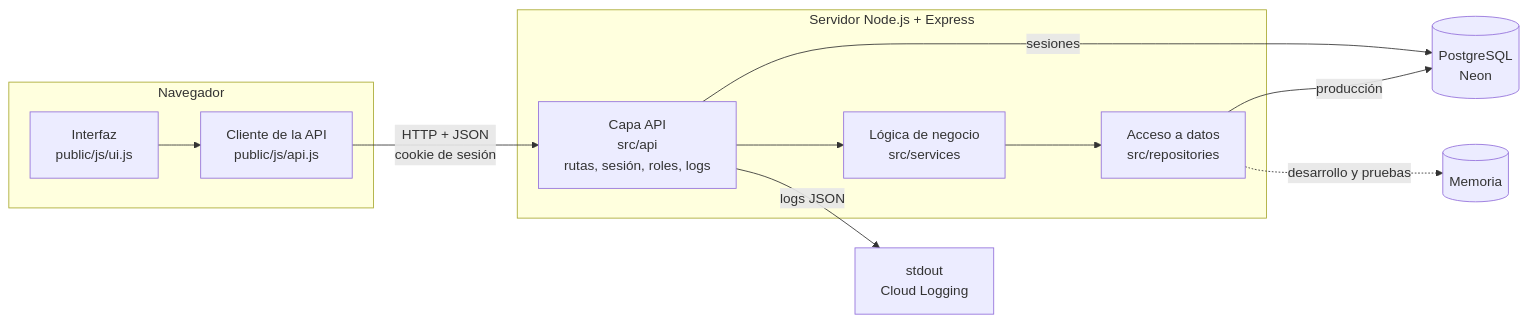
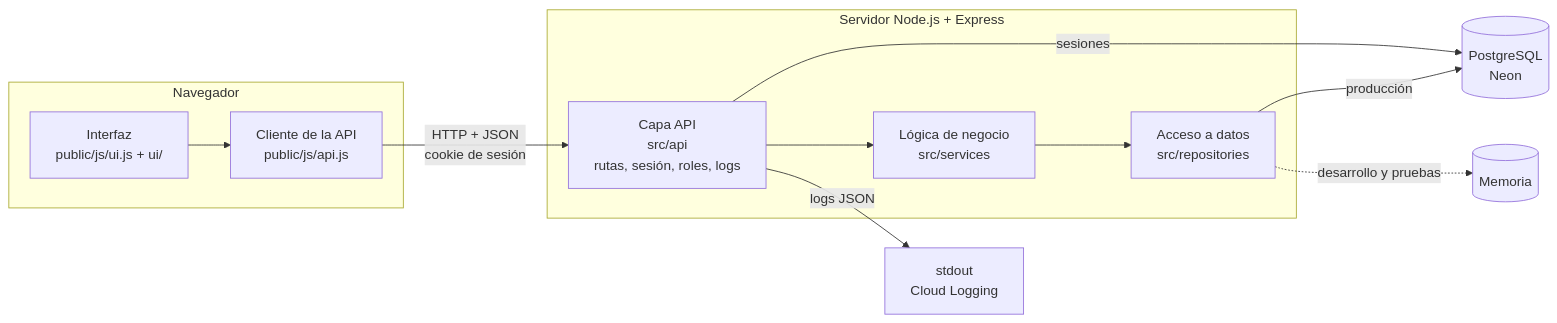
Before and after one commit to VelaElDios/la-grada-colchonera-saas: the first of 2 diagrams in README.md, drawn with Mermaid. The commit also changed other lines of this file and 43 other files, not shown here.

````diff
--- a/README.md
+++ b/README.md
@@ -66,15 +66,15 @@
 ```mermaid
 flowchart LR
     subgraph Navegador
-        UI["Interfaz<br/>public/js/ui.js"] --> CLI["Cliente de la API<br/>public/js/api.js"]
+        UI["Interfaz<br/>public/js/ui.js + ui/"] --> CLI["Cliente de la API<br/>public/js/api.js"]
     end
     CLI -- "HTTP + JSON<br/>cookie de sesión" --> API
     subgraph "Servidor Node.js + Express"
         API["Capa API<br/>src/api<br/>rutas, sesión, roles, logs"] --> SRV["Lógica de negocio<br/>src/services"]
         SRV --> REPO["Acceso a datos<br/>src/repositories"]
     end
     REPO -- "producción" --> PG[("PostgreSQL<br/>Neon")]
     REPO -. "desarrollo y pruebas" .-> MEM[("Memoria")]
     API -- "sesiones" --> PG
     API -- "logs JSON" --> LOGS["stdout<br/>Cloud Logging"]
 ```
````
